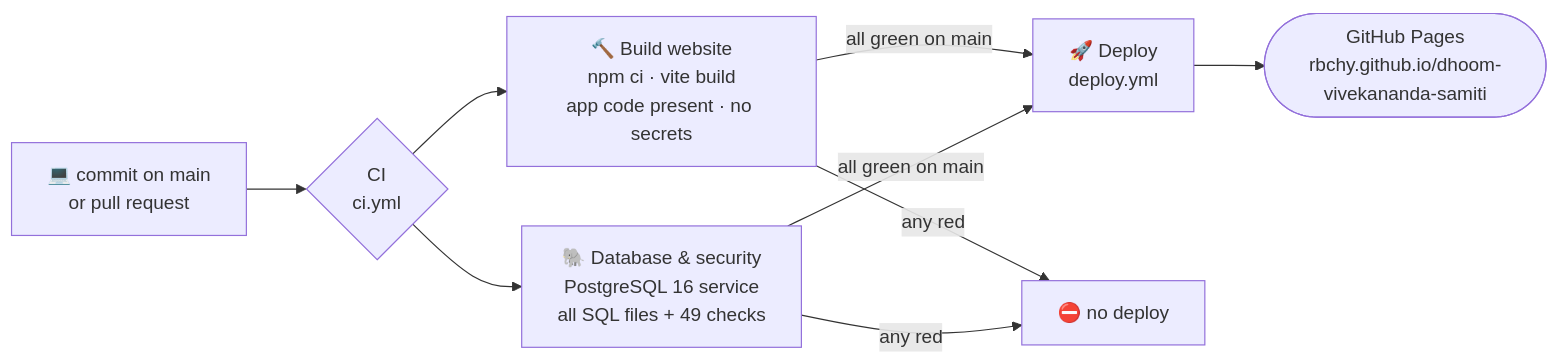
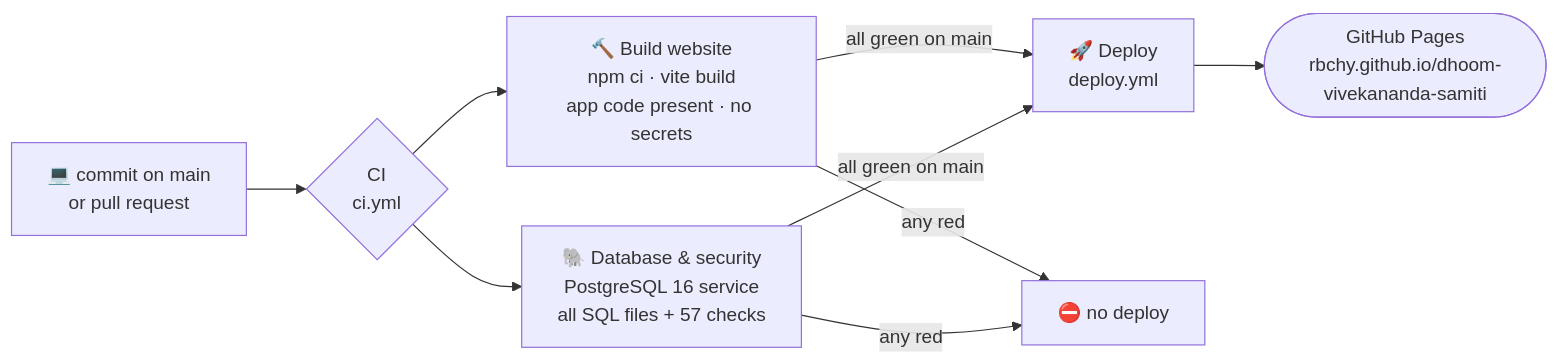
One commit to rbchy/dhoom-vivekananda-samiti changed the fifth of 6 diagrams in README.md. Above: the diagram before and after it, drawn with Mermaid. The commit also changed other lines of this file and 15 other files, not shown here.

````diff
--- a/README.md
+++ b/README.md
@@ -286,9 +286,9 @@
 ```mermaid
 flowchart LR
   DEV["💻 commit on main<br/>or pull request"] --> CI{"CI<br/>ci.yml"}
   CI --> J1["🔨 Build website<br/>npm ci · vite build<br/>app code present · no secrets"]
-  CI --> J2["🐘 Database & security<br/>PostgreSQL 16 service<br/>all SQL files + 49 checks"]
+  CI --> J2["🐘 Database & security<br/>PostgreSQL 16 service<br/>all SQL files + 57 checks"]
   J1 & J2 -->|all green on main| CD["🚀 Deploy<br/>deploy.yml"]
   CD --> PAGES(["GitHub Pages<br/>rbchy.github.io/dhoom-vivekananda-samiti"])
   J1 & J2 -->|any red| STOP["⛔ no deploy"]
 ```
````
